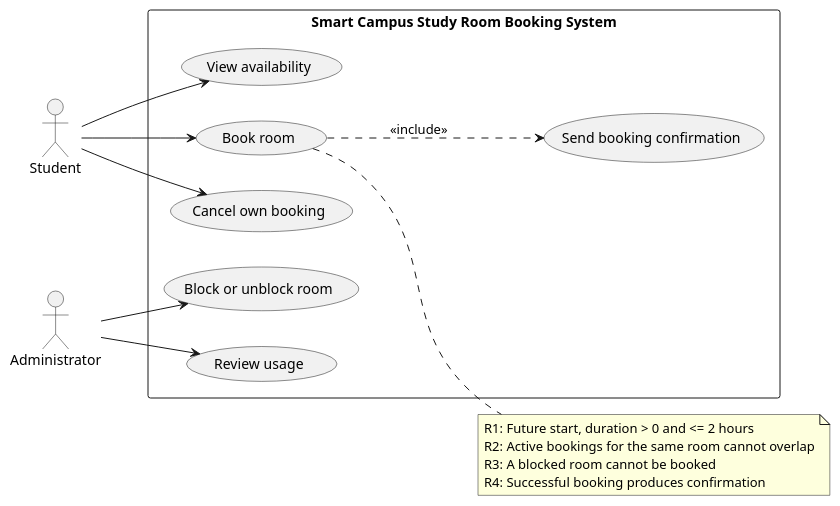
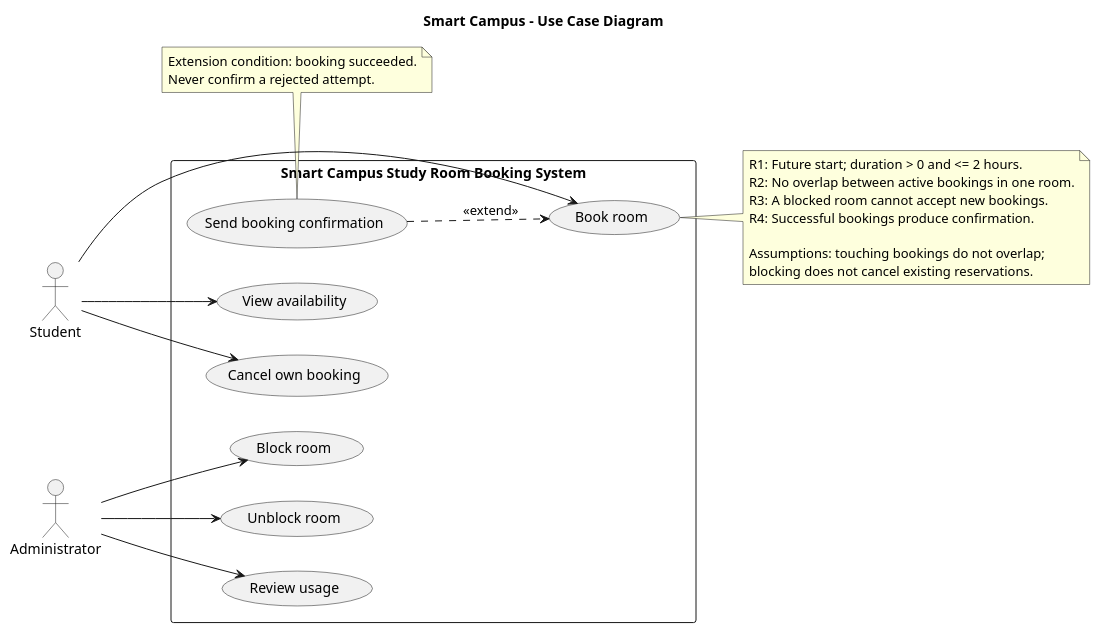
One commit to Nurkozha0607/se-practice changed the diagram in week-04/models/use-case.puml. Above: the diagram before and after it, drawn with PlantUML. The commit also changed 11 other files, not shown here.

Commit message:
week-04: complete UML modeling lab

```diff
--- a/week-04/models/use-case.puml
+++ b/week-04/models/use-case.puml
@@ -1,31 +1,44 @@
 @startuml
+title Smart Campus - Use Case Diagram
 left to right direction
 
 actor Student
 actor Administrator
 
 rectangle "Smart Campus Study Room Booking System" {
-    usecase "View availability" as UC1
-    usecase "Book room" as UC2
-    usecase "Cancel own booking" as UC3
-    usecase "Block or unblock room" as UC4
-    usecase "Review usage" as UC5
-    usecase "Send booking confirmation" as UC6
+ usecase "Book room" as UC1
+ usecase "View availability" as UC2
+ usecase "Cancel own booking" as UC3
+ usecase "Block room" as UC4
+ usecase "Unblock room" as UC5
+ usecase "Review usage" as UC6
+ usecase "Send booking confirmation" as UC7
 }
 
 Student --> UC1
 Student --> UC2
 Student --> UC3
+
 Administrator --> UC4
 Administrator --> UC5
+Administrator --> UC6
 
-' why: R4 requires confirmation after a successful booking
-UC2 ..> UC6 : <<include>>
+' why: R4 - confirmation extends Book room only when reservation succeeds
+UC7 ..> UC1 : <<extend>>
 
-note right of UC2
-R1: Future start, duration > 0 and <= 2 hours
-R2: Active bookings for the same room cannot overlap
-R3: A blocked room cannot be booked
-R4: Successful booking produces confirmation
+note right of UC1
+R1: Future start; duration > 0 and <= 2 hours.
+R2: No overlap between active bookings in one room.
+R3: A blocked room cannot accept new bookings.
+R4: Successful bookings produce confirmation.
+
+Assumptions: touching bookings do not overlap;
+blocking does not cancel existing reservations.
 end note
+
+note bottom of UC7
+Extension condition: booking succeeded.
+Never confirm a rejected attempt.
+end note
+
 @enduml
```
